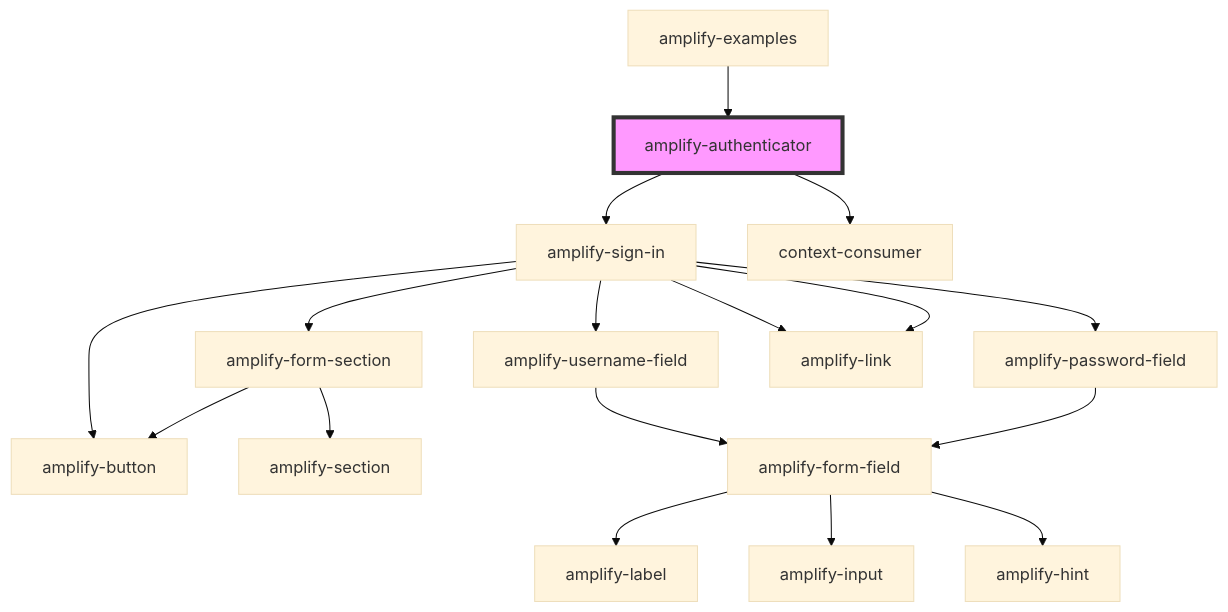
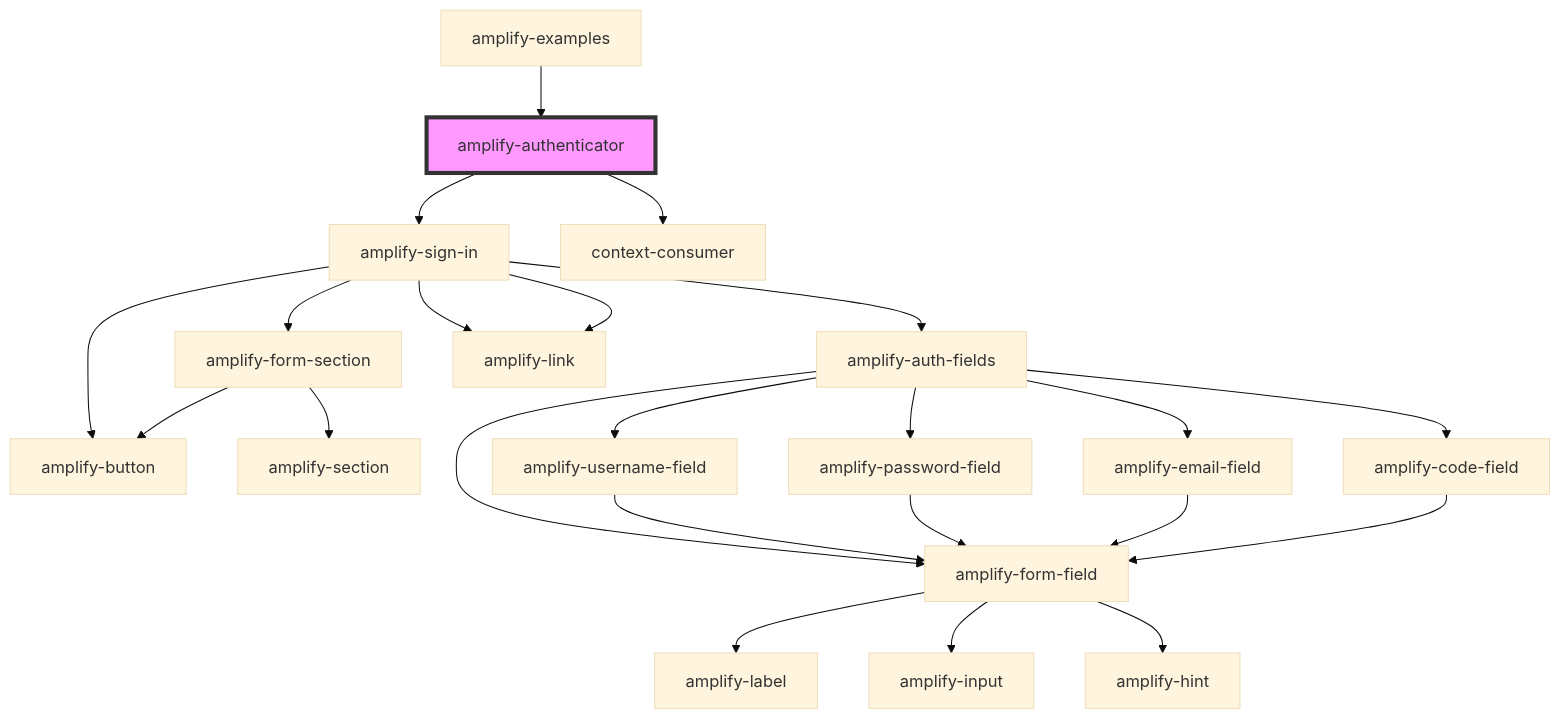
The diagram in packages/amplify-ui-components/src/components/amplify-authenticator/readme.md (aws-amplify/amplify-js), drawn with Mermaid (base theme) before and after one commit. The commit also changed 24 other files, not shown here.

````diff
--- a/packages/amplify-ui-components/src/components/amplify-authenticator/readme.md
+++ b/packages/amplify-ui-components/src/components/amplify-authenticator/readme.md
@@ -36,20 +36,26 @@
 ```mermaid
 graph TD;
   amplify-authenticator --> amplify-sign-in
   amplify-authenticator --> context-consumer
   amplify-sign-in --> amplify-form-section
-  amplify-sign-in --> amplify-username-field
-  amplify-sign-in --> amplify-password-field
+  amplify-sign-in --> amplify-auth-fields
   amplify-sign-in --> amplify-link
   amplify-sign-in --> amplify-link
   amplify-sign-in --> amplify-button
   amplify-form-section --> amplify-section
   amplify-form-section --> amplify-button
+  amplify-auth-fields --> amplify-username-field
+  amplify-auth-fields --> amplify-password-field
+  amplify-auth-fields --> amplify-email-field
+  amplify-auth-fields --> amplify-code-field
+  amplify-auth-fields --> amplify-form-field
   amplify-username-field --> amplify-form-field
   amplify-form-field --> amplify-label
   amplify-form-field --> amplify-input
   amplify-form-field --> amplify-hint
   amplify-password-field --> amplify-form-field
+  amplify-email-field --> amplify-form-field
+  amplify-code-field --> amplify-form-field
   amplify-examples --> amplify-authenticator
   style amplify-authenticator fill:#f9f,stroke:#333,stroke-width:4px
 ```
````
